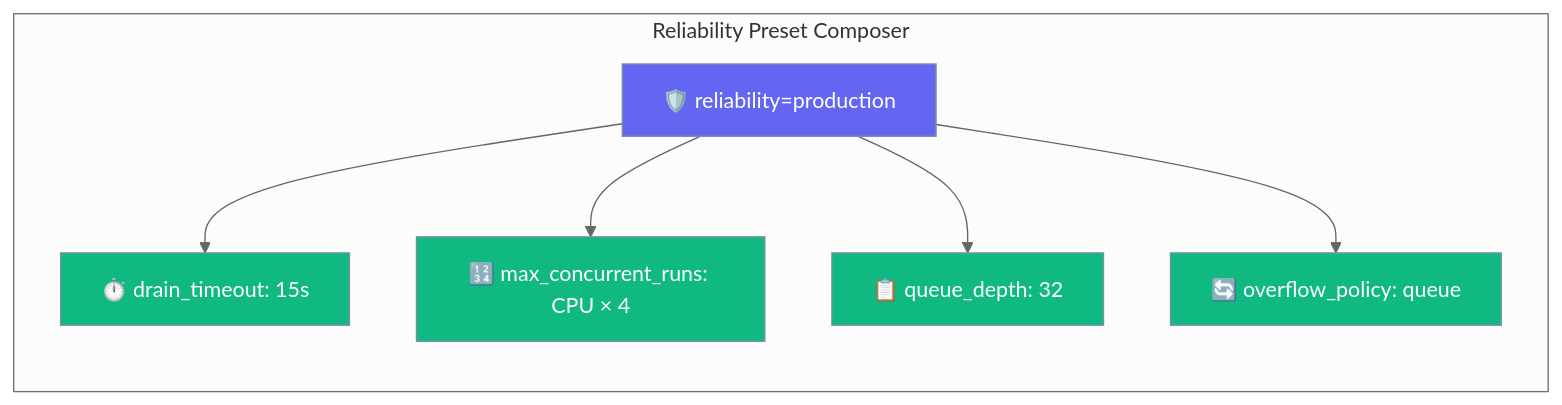
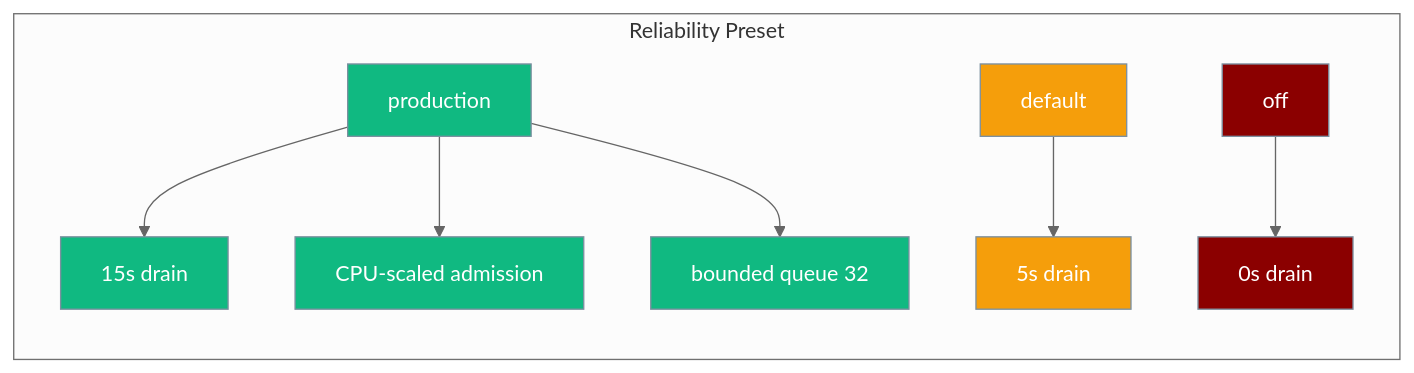
Before and after one commit to MervinPraison/PraisonAIDocs: the first of 3 diagrams in docs/features/gateway-reliability.mdx, drawn with Mermaid (neutral theme). The commit also changed other lines of this file and 9 other files, not shown here.

````diff
--- a/docs/features/gateway-reliability.mdx
+++ b/docs/features/gateway-reliability.mdx
@@ -26,15 +27,16 @@
 ```mermaid
 graph LR
-    subgraph "Reliability Preset Composer"
-        P[🛡️ reliability=production] --> D[⏱️ drain_timeout: 15s]
-        P --> M[🔢 max_concurrent_runs: CPU × 4]
-        P --> Q[📋 queue_depth: 32]
-        P --> O[🔄 overflow_policy: queue]
+    subgraph "Reliability Preset"
+        P[production] --> D1[15s drain]
+        P --> A1[CPU-scaled admission]
+        P --> Q1[bounded queue 32]
+        D[default] --> D2[5s drain]
+        O[off] --> D3[0s drain]
     end
-
-    classDef config fill:#6366F1,stroke:#7C90A0,color:#fff
-    classDef output fill:#10B981,stroke:#7C90A0,color:#fff
-
-    class P config
-    class D,M,Q,O output
+    classDef prod fill:#10B981,stroke:#7C90A0,color:#fff
+    classDef def fill:#F59E0B,stroke:#7C90A0,color:#fff
+    classDef off_ fill:#8B0000,stroke:#7C90A0,color:#fff
+    class P,D1,A1,Q1 prod
+    class D,D2 def
+    class O,D3 off_
 ```
````
